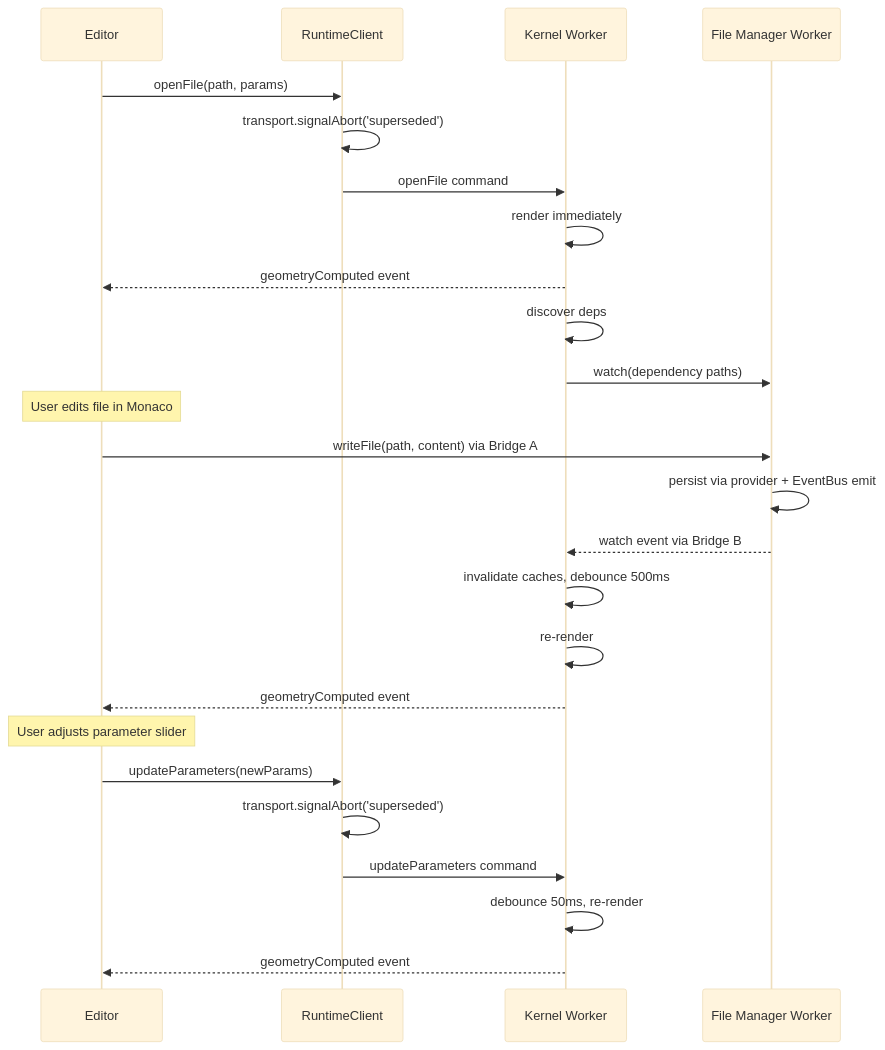
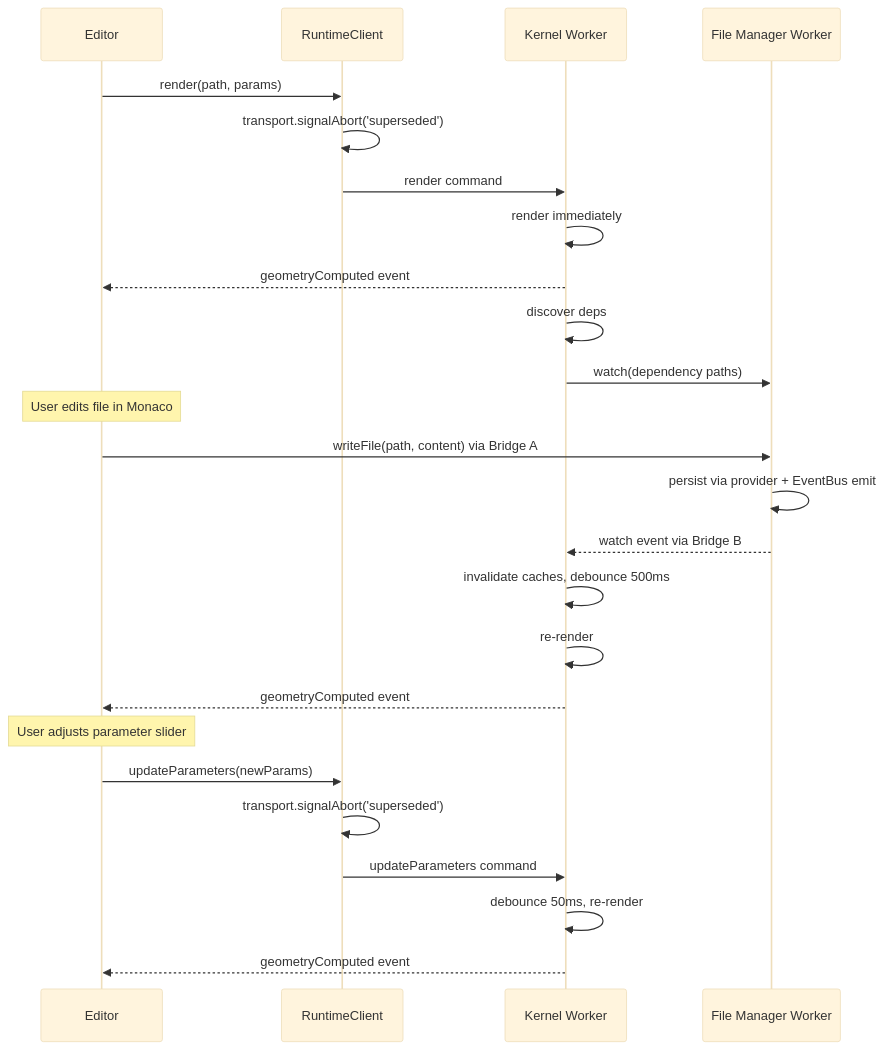
Before and after one commit to taucad/tau: the third of 3 diagrams in apps/ui/content/docs/runtime/concepts/architecture.mdx, drawn with Mermaid (base theme). The commit also changed other lines of this file and 18 other files, not shown here.

````diff
--- a/apps/ui/content/docs/runtime/concepts/architecture.mdx
+++ b/apps/ui/content/docs/runtime/concepts/architecture.mdx
@@ -133,30 +133,30 @@
 ```mermaid
 sequenceDiagram
     participant Editor
     participant Client as RuntimeClient
     participant Worker as Kernel Worker
     participant FSW as File Manager Worker
 
-    Editor->>Client: openFile(path, params)
+    Editor->>Client: render(path, params)
     Client->>Client: transport.signalAbort('superseded')
-    Client->>Worker: openFile command
+    Client->>Worker: render command
     Worker->>Worker: render immediately
     Worker-->>Editor: geometryComputed event
     Worker->>Worker: discover deps
     Worker->>FSW: watch(dependency paths)
 
     Note over Editor: User edits file in Monaco
     Editor->>FSW: writeFile(path, content) via Bridge A
     FSW->>FSW: persist via provider + EventBus emit
     FSW-->>Worker: watch event via Bridge B
     Worker->>Worker: invalidate caches, debounce 500ms
     Worker->>Worker: re-render
     Worker-->>Editor: geometryComputed event
 
     Note over Editor: User adjusts parameter slider
     Editor->>Client: updateParameters(newParams)
     Client->>Client: transport.signalAbort('superseded')
     Client->>Worker: updateParameters command
     Worker->>Worker: debounce 50ms, re-render
     Worker-->>Editor: geometryComputed event
 ```
````
